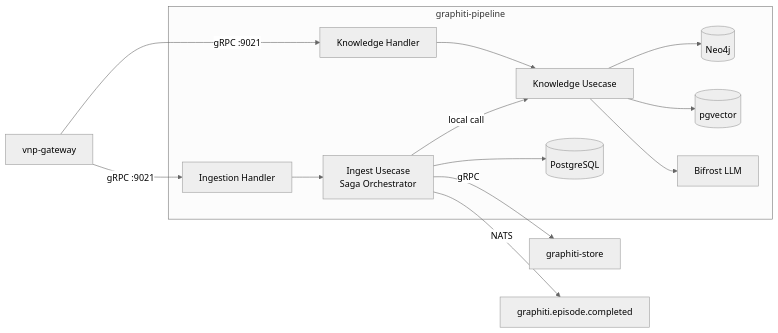
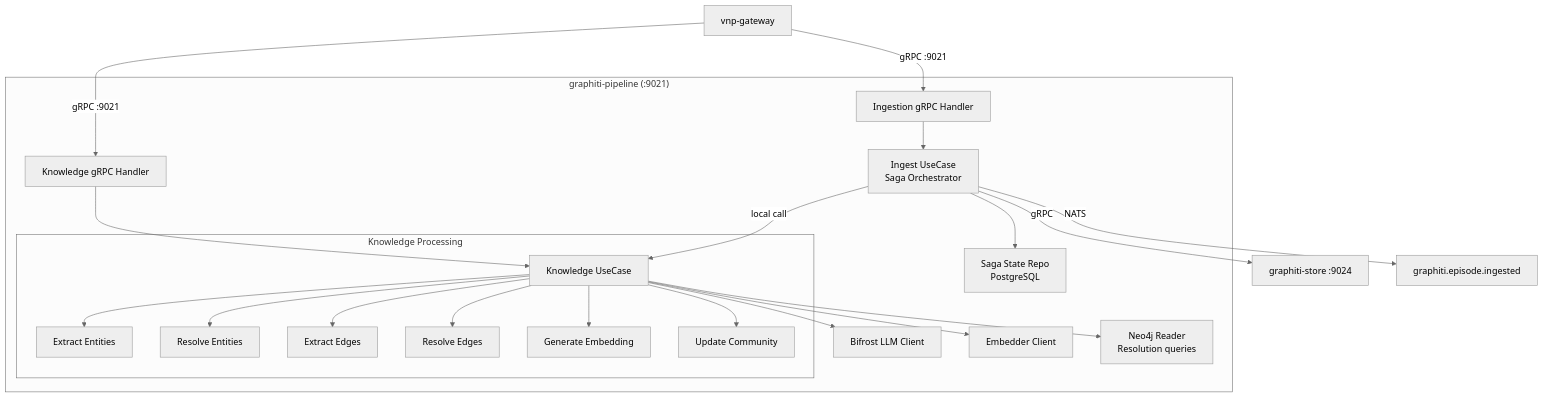
One commit to blcvn/knowledge-gateway changed the first of 2 diagrams in services/graphiti-pipeline/docs/architecture.md. Above: the diagram before and after it, drawn with Mermaid (neutral theme). The commit also changed other lines of this file and 1253 other files, not shown here.

````diff
--- a/services/graphiti-pipeline/docs/architecture.md
+++ b/services/graphiti-pipeline/docs/architecture.md
@@ -60,16 +89,26 @@
 ```mermaid
-graph LR
-    subgraph graphiti-pipeline
-        IH[Ingestion Handler] --> IU[Ingest Usecase<br/>Saga Orchestrator]
-        KH[Knowledge Handler] --> KU[Knowledge Usecase]
-        IU -->|local call| KU
-        KU --> NEO[(Neo4j)]
-        KU --> PGV[(pgvector)]
-        KU --> LLM[Bifrost LLM]
-        IU --> PG[(PostgreSQL)]
+graph TB
+    subgraph "graphiti-pipeline (:9021)"
+        IH[Ingestion gRPC Handler] --> IU[Ingest UseCase<br/>Saga Orchestrator]
+        KH[Knowledge gRPC Handler] --> KU[Knowledge UseCase]
+        IU -->|"local call"| KU
+        
+        subgraph "Knowledge Processing"
+            KU --> EE[Extract Entities]
+            KU --> RE[Resolve Entities]
+            KU --> XE[Extract Edges]
+            KU --> RX[Resolve Edges]
+            KU --> GE[Generate Embedding]
+            KU --> UC[Update Community]
+        end
+        
+        IU --> SR[Saga State Repo<br/>PostgreSQL]
+        KU --> LLM[Bifrost LLM Client]
+        KU --> EMB[Embedder Client]
+        KU --> NR[Neo4j Reader<br/>Resolution queries]
     end
     
-    IU -->|gRPC| GS[graphiti-store]
-    IU -->|NATS| EVT[graphiti.episode.completed]
+    IU -->|gRPC| GS[graphiti-store :9024]
+    IU -->|NATS| EVT["graphiti.episode.ingested"]
     GW[vnp-gateway] -->|gRPC :9021| IH & KH
 ```
````
